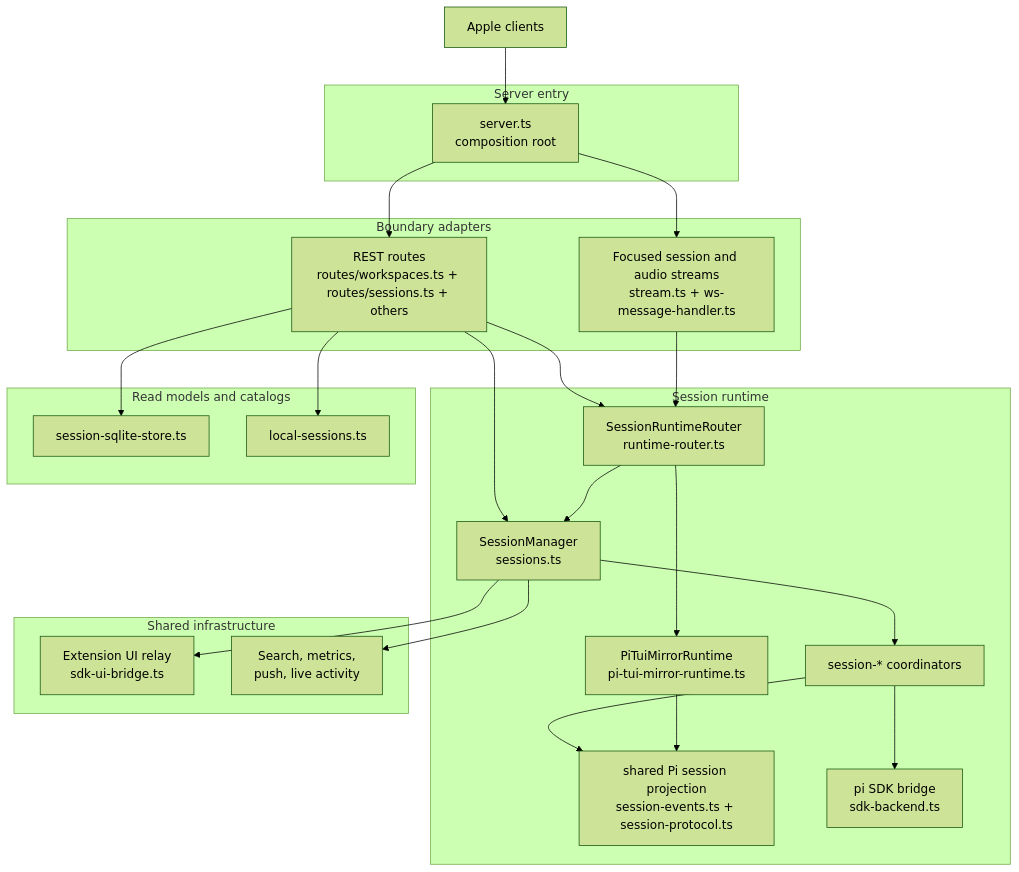
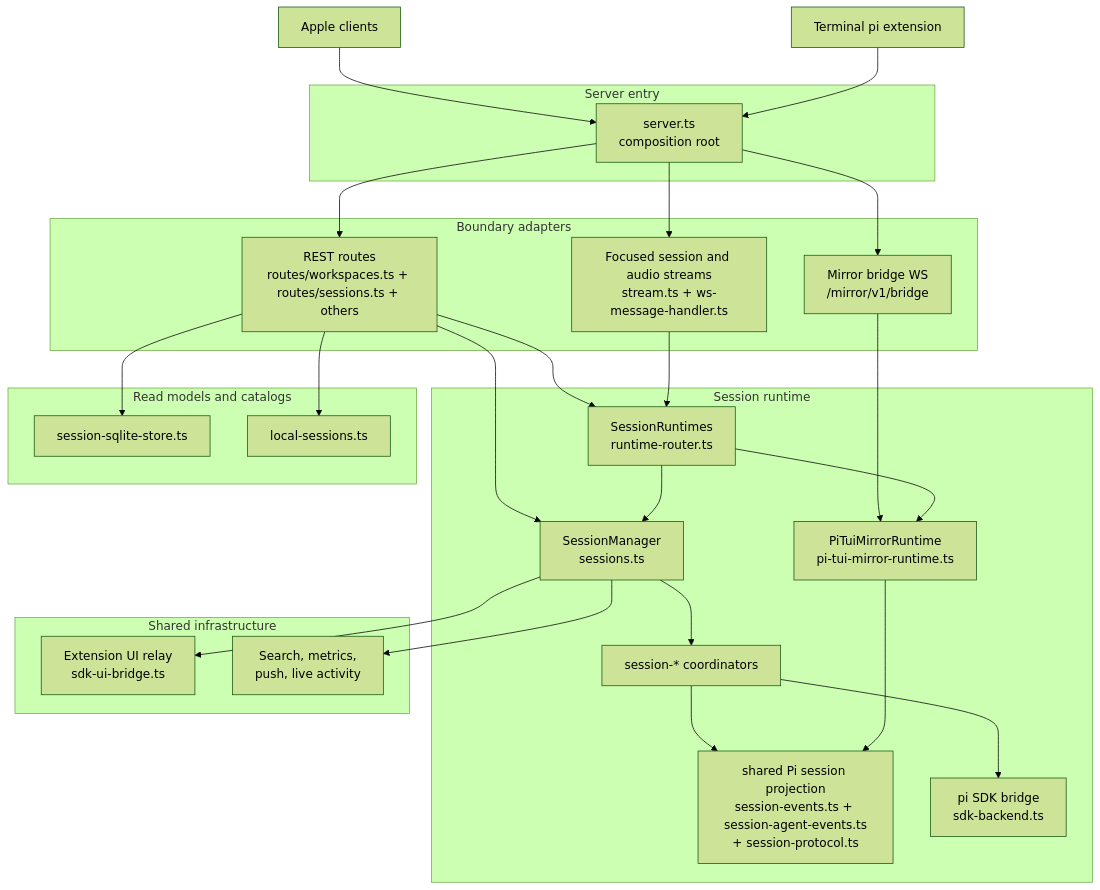
One commit to duh17/oppi changed the seventh of 7 diagrams in docs/architecture.md. Above: the diagram before and after it, drawn with Mermaid (forest theme). The commit also changed other lines of this file, not shown here.

Commit message:
docs: refresh architecture overview

````diff
--- a/docs/architecture.md
+++ b/docs/architecture.md
@@ -257,49 +268,54 @@
 ```mermaid
 graph TD
   Client[Apple clients]
+  Terminal[Terminal pi extension]
 
   subgraph Entry[Server entry]
     Root[server.ts<br/>composition root]
   end
 
   subgraph Boundaries[Boundary adapters]
     REST[REST routes<br/>routes/workspaces.ts + routes/sessions.ts + others]
     Live[Focused session and audio streams<br/>stream.ts + ws-message-handler.ts]
+    MirrorWS[Mirror bridge WS<br/>/mirror/v1/bridge]
   end
 
   subgraph Runtime[Session runtime]
-    Router[SessionRuntimeRouter<br/>runtime-router.ts]
+    Router[SessionRuntimes<br/>runtime-router.ts]
     Sessions[SessionManager<br/>sessions.ts]
     Mirror[PiTuiMirrorRuntime<br/>pi-tui-mirror-runtime.ts]
     Flow[session-* coordinators]
-    Project[shared Pi session projection<br/>session-events.ts + session-protocol.ts]
+    Project[shared Pi session projection<br/>session-events.ts + session-agent-events.ts<br/>+ session-protocol.ts]
     Pi[pi SDK bridge<br/>sdk-backend.ts]
   end
 
   subgraph ReadModel[Read models and catalogs]
     Sqlite[session-sqlite-store.ts]
     LocalCatalog[local-sessions.ts]
   end
 
   subgraph Infrastructure[Shared infrastructure]
     ExtensionRelay[Extension UI relay<br/>sdk-ui-bridge.ts]
     Ops[Search, metrics,<br/>push, live activity]
   end
 
   Client --> Root
+  Terminal --> Root
   Root --> REST
   Root --> Live
+  Root --> MirrorWS
   REST --> Router
   REST --> Sessions
   REST --> Sqlite
   REST --> LocalCatalog
   Live --> Router
+  MirrorWS --> Mirror
   Router --> Sessions
   Router --> Mirror
   Sessions --> Flow
   Flow --> Project
   Mirror --> Project
   Flow --> Pi
   Sessions --> ExtensionRelay
   Sessions --> Ops
 ```
````
